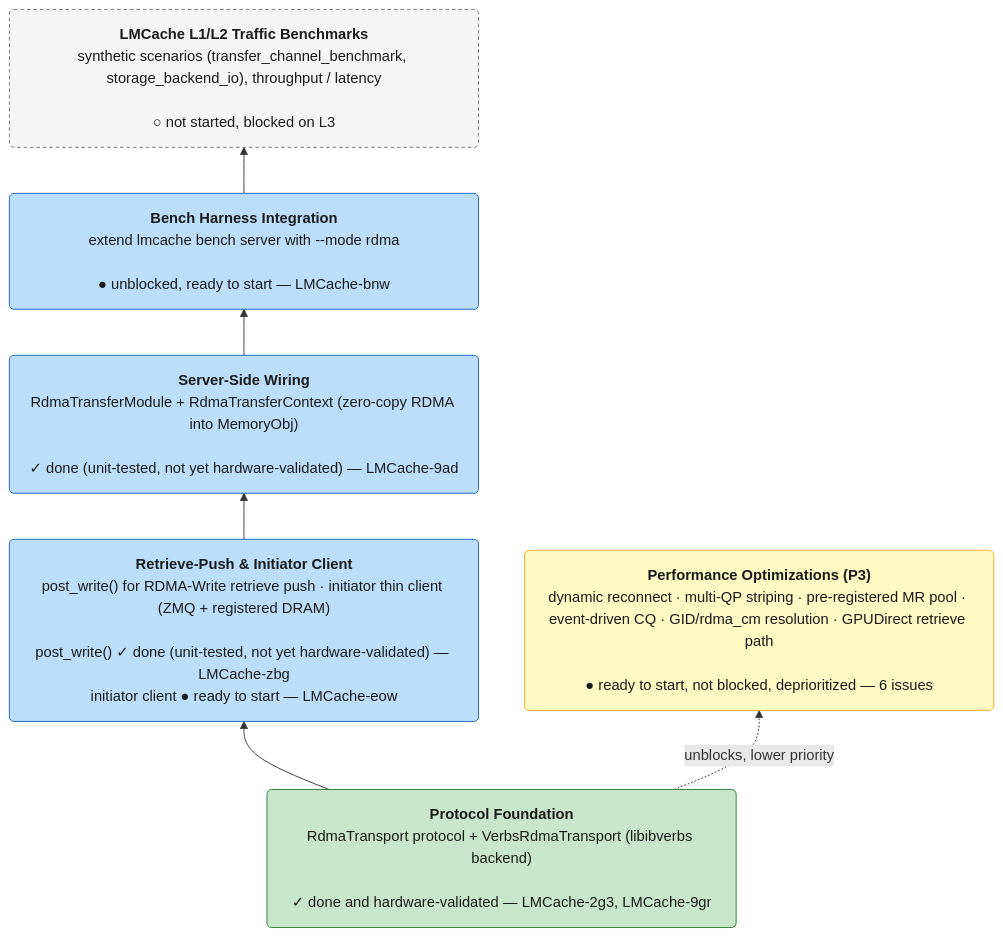
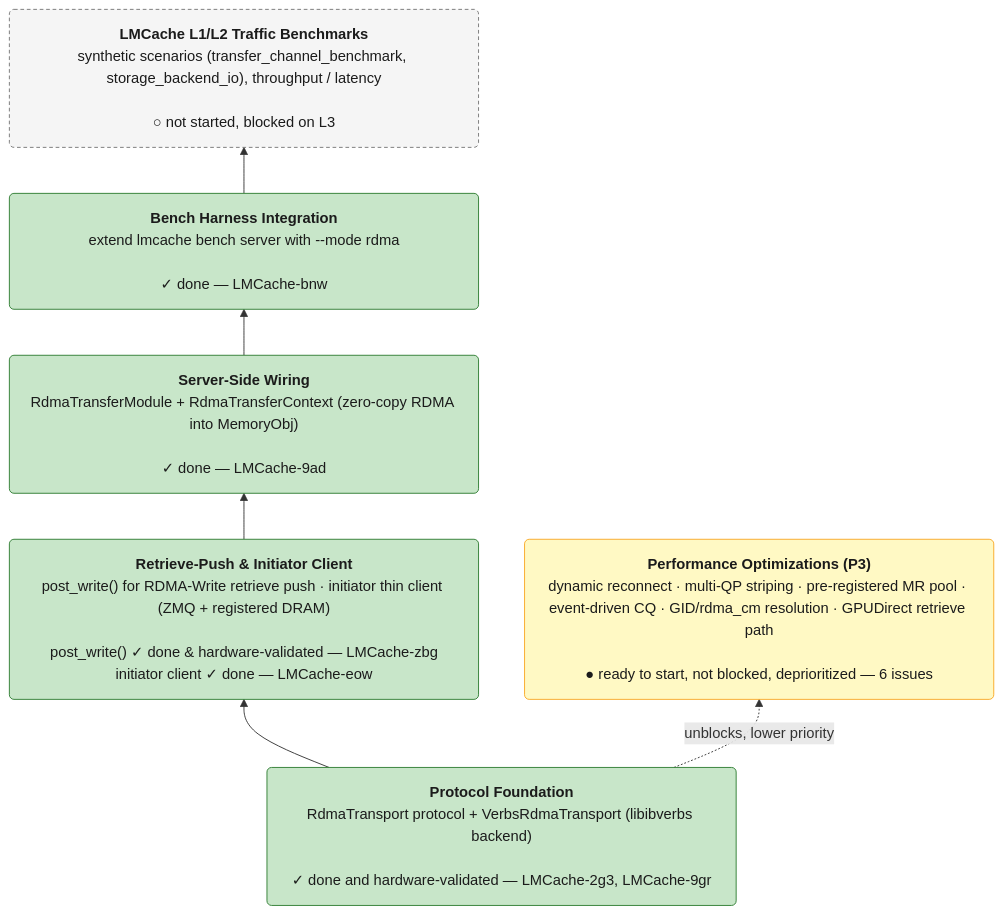
One commit to tsg-/LMCache changed the diagram in docs/design/v1/platform/rdma/diagrams/rdma-dev-status-stack.mmd. Above: the diagram before and after it, drawn with Mermaid. The commit also changed 4 other files, not shown here.

First line of the commit message:
docs: fix stale cross-refs and diagram correctness issues

```diff
--- a/docs/design/v1/platform/rdma/diagrams/rdma-dev-status-stack.mmd
+++ b/docs/design/v1/platform/rdma/diagrams/rdma-dev-status-stack.mmd
@@ -1,21 +1,20 @@
 graph BT
     L0("<div style='width:480px'><b>Protocol Foundation</b><br/>RdmaTransport protocol + VerbsRdmaTransport (libibverbs backend)<br/><br/>✓ done and hardware-validated &mdash; LMCache-2g3, LMCache-9gr</div>")
-    L1("<div style='width:480px'><b>Retrieve-Push &amp; Initiator Client</b><br/>post_write() for RDMA-Write retrieve push &middot; initiator thin client (ZMQ + registered DRAM)<br/><br/>post_write() ✓ done (unit-tested, not yet hardware-validated) &mdash; LMCache-zbg<br/>initiator client ● ready to start &mdash; LMCache-eow</div>")
-    L2("<div style='width:480px'><b>Server-Side Wiring</b><br/>RdmaTransferModule + RdmaTransferContext (zero-copy RDMA into MemoryObj)<br/><br/>✓ done (unit-tested, not yet hardware-validated) &mdash; LMCache-9ad</div>")
-    L3("<div style='width:480px'><b>Bench Harness Integration</b><br/>extend lmcache bench server with --mode rdma<br/><br/>● unblocked, ready to start &mdash; LMCache-bnw</div>")
+    L1("<div style='width:480px'><b>Retrieve-Push &amp; Initiator Client</b><br/>post_write() for RDMA-Write retrieve push &middot; initiator thin client (ZMQ + registered DRAM)<br/><br/>post_write() ✓ done &amp; hardware-validated &mdash; LMCache-zbg<br/>initiator client ✓ done &mdash; LMCache-eow</div>")
+    L2("<div style='width:480px'><b>Server-Side Wiring</b><br/>RdmaTransferModule + RdmaTransferContext (zero-copy RDMA into MemoryObj)<br/><br/>✓ done &mdash; LMCache-9ad</div>")
+    L3("<div style='width:480px'><b>Bench Harness Integration</b><br/>extend lmcache bench server with --mode rdma<br/><br/>✓ done &mdash; LMCache-bnw</div>")
     L4("<div style='width:480px'><b>LMCache L1/L2 Traffic Benchmarks</b><br/>synthetic scenarios (transfer_channel_benchmark, storage_backend_io), throughput / latency<br/><br/>○ not started, blocked on L3</div>")
     SIDE("<div style='width:480px'><b>Performance Optimizations (P3)</b><br/>dynamic reconnect &middot; multi-QP striping &middot; pre-registered MR pool &middot; event-driven CQ &middot; GID/rdma_cm resolution &middot; GPUDirect retrieve path<br/><br/>● ready to start, not blocked, deprioritized &mdash; 6 issues</div>")
 
     L0 --> L1 --> L2 --> L3 --> L4
     L0 -.unblocks, lower priority.-> SIDE
 
     classDef done fill:#c8e6c9,stroke:#2e7d32,stroke-width:1px,color:#1b1b1b
     classDef ready fill:#bbdefb,stroke:#1565c0,stroke-width:1px,color:#1b1b1b
     classDef blocked fill:#f5f5f5,stroke:#757575,stroke-width:1px,stroke-dasharray:4 3,color:#1b1b1b
     classDef notstarted fill:#f5f5f5,stroke:#757575,stroke-width:1px,stroke-dasharray:4 3,color:#1b1b1b
     classDef backlog fill:#fff9c4,stroke:#f9a825,stroke-width:1px,color:#1b1b1b
 
-    class L0 done
-    class L1,L2,L3 ready
+    class L0,L1,L2,L3 done
     class L4 notstarted
     class SIDE backlog
```
